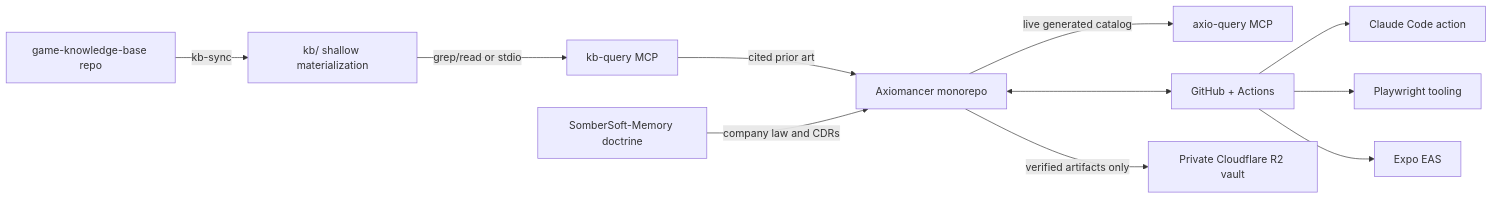
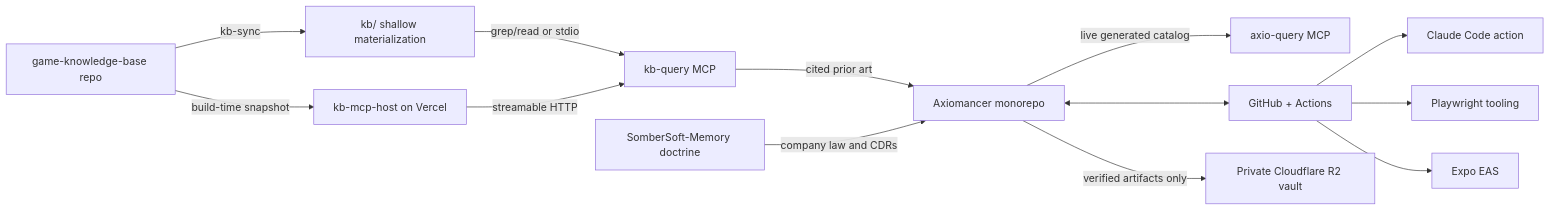
The diagram in docs/external-architecture.md (no-trbl-2-u/Axiomancer), drawn with Mermaid before and after one commit. The commit also changed other lines of this file and 24 other files, not shown here.

````diff
--- a/docs/external-architecture.md
+++ b/docs/external-architecture.md
@@ -5,25 +5,28 @@
 ```mermaid
 flowchart LR
   A[Axiomancer monorepo]
   KB[game-knowledge-base repo]
   KBL[kb/ shallow materialization]
+  KBH[kb-mcp-host on Vercel]
   MCP[kb-query MCP]
   AX[axio-query MCP]
   SS[SomberSoft-Memory doctrine]
   GH[GitHub + Actions]
   CL[Claude Code action]
   PW[Playwright tooling]
   EAS[Expo EAS]
   R2[Private Cloudflare R2 vault]
 
   KB -->|kb-sync| KBL
+  KB -->|build-time snapshot| KBH
   KBL -->|grep/read or stdio| MCP
+  KBH -->|streamable HTTP| MCP
   MCP -->|cited prior art| A
   A -->|live generated catalog| AX
   SS -->|company law and CDRs| A
   A <--> GH
   GH --> CL
   GH --> PW
   GH --> EAS
   A -->|verified artifacts only| R2
 ```
````
